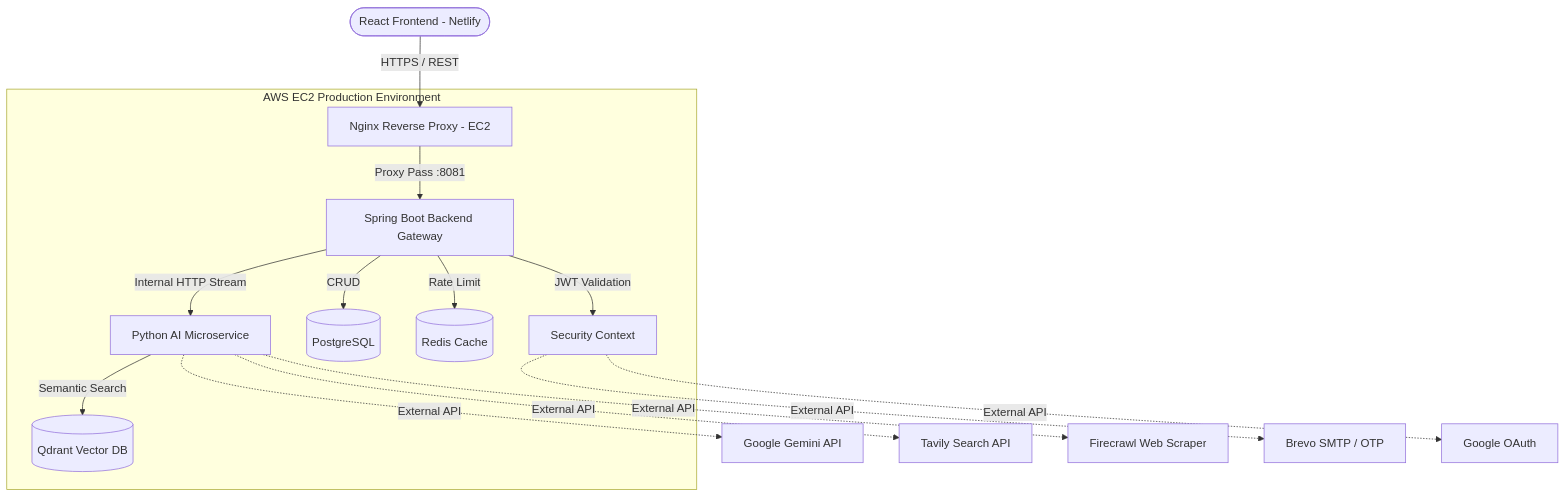
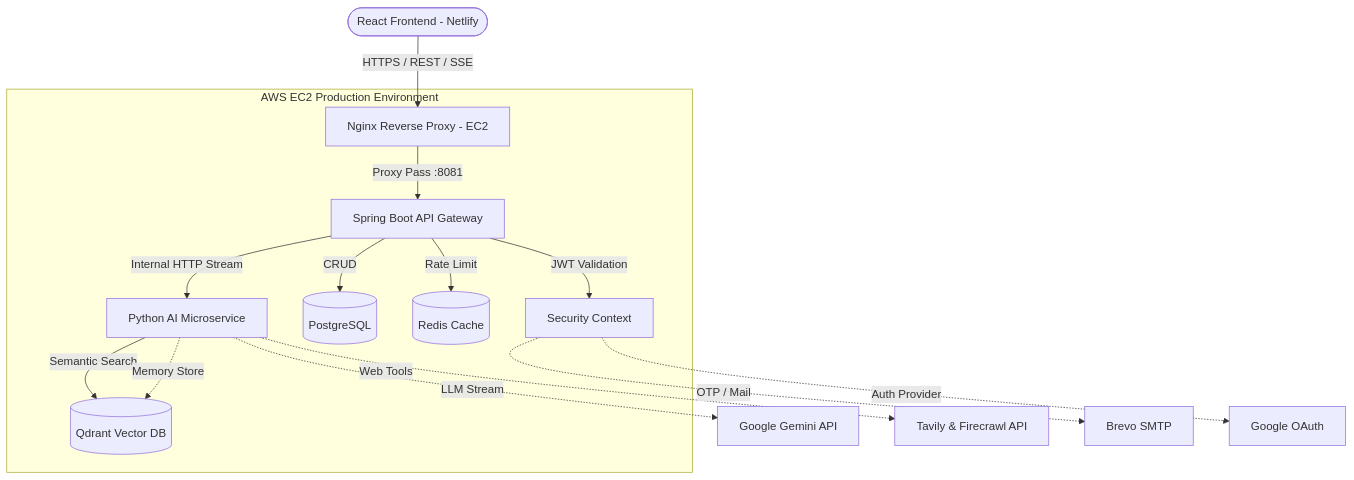
Before and after one commit to Mahesh5f4/Nexora: the diagram in README.md, drawn with Mermaid. The commit also changed other lines of this file, not shown here.

Commit message:
Update README with deep dive into LangGraph and Memory architecture for recruiters

````diff
--- a/README.md
+++ b/README.md
@@ -47,23 +70,23 @@
 ```mermaid
 graph TD
-    Client([React Frontend - Netlify]) -->|HTTPS / REST| Nginx[Nginx Reverse Proxy - EC2]
+    Client([React Frontend - Netlify]) -->|HTTPS / REST / SSE| Nginx[Nginx Reverse Proxy - EC2]
     
     subgraph AWS EC2 Production Environment
-        Nginx -->|Proxy Pass :8081| Gateway[Spring Boot Backend Gateway]
+        Nginx -->|Proxy Pass :8081| Gateway[Spring Boot API Gateway]
         
         Gateway -->|JWT Validation| Auth[Security Context]
         Gateway -->|CRUD| DB[(PostgreSQL)]
         Gateway -->|Rate Limit| Redis[(Redis Cache)]
         
         Gateway -->|Internal HTTP Stream| AIService[Python AI Microservice]
         
         AIService -->|Semantic Search| Qdrant[(Qdrant Vector DB)]
+        AIService -.->|Memory Store| Qdrant
     end
     
-    AIService -.->|External API| Gemini[Google Gemini API]
-    AIService -.->|External API| Tavily[Tavily Search API]
-    AIService -.->|External API| Firecrawl[Firecrawl Web Scraper]
+    AIService -.->|LLM Stream| Gemini[Google Gemini API]
+    AIService -.->|Web Tools| Tavily[Tavily & Firecrawl API]
     
-    Auth -.->|External API| Brevo[Brevo SMTP / OTP]
-    Auth -.->|External API| Google[Google OAuth]
+    Auth -.->|OTP / Mail| Brevo[Brevo SMTP]
+    Auth -.->|Auth Provider| Google[Google OAuth]
 ```
````
